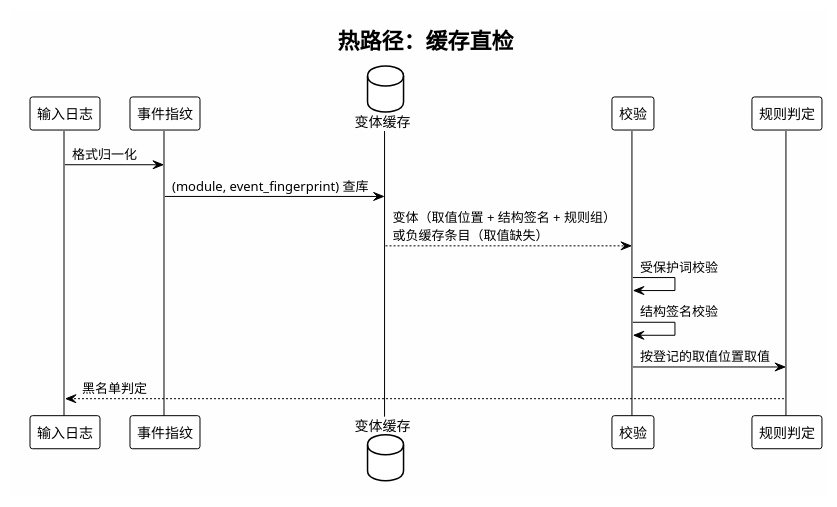
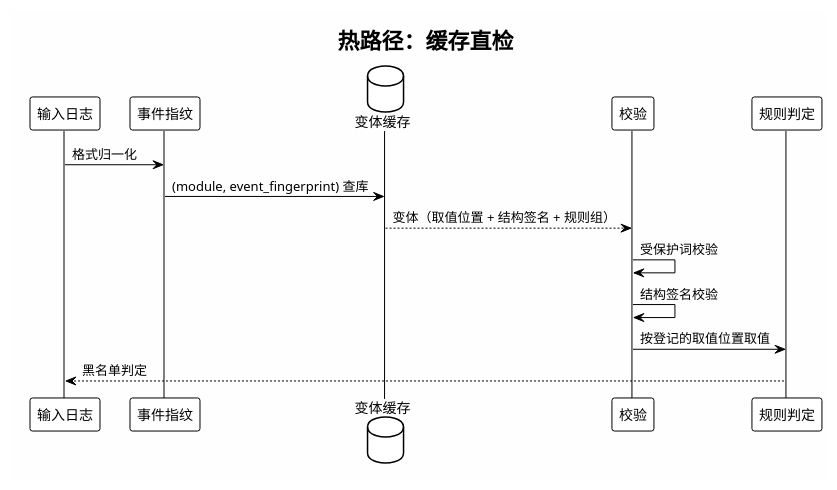
Before and after one commit to HouMonKy/TIG-PIPLUP: the seventh of 13 diagrams in LogNet3.0方案设计与实现文档.md, drawn with PlantUML. The commit also changed other lines of this file, not shown here.

````diff
--- a/LogNet3.0方案设计与实现文档.md
+++ b/LogNet3.0方案设计与实现文档.md
@@ -538,24 +538,24 @@
 ```plantuml
 @startuml Parameter_Hot_Sequence
 !theme plain
 skinparam backgroundColor #FEFEFE
 skinparam shadowing false
 
 title 热路径：缓存直检
 
 participant "输入日志" as Log
 participant "事件指纹" as FP
 database "变体缓存" as Store
 participant "校验" as Check
 participant "规则判定" as Rule
 
 Log -> FP: 格式归一化
 FP -> Store: (module, event_fingerprint) 查库
-Store --> Check: 变体（取值位置 + 结构签名 + 规则组）\n或负缓存条目（取值缺失）
+Store --> Check: 变体（取值位置 + 结构签名 + 规则组）
 Check -> Check: 受保护词校验
 Check -> Check: 结构签名校验
 Check -> Rule: 按登记的取值位置取值
 Rule --> Log: 黑名单判定
 
 @enduml
 ```
````
